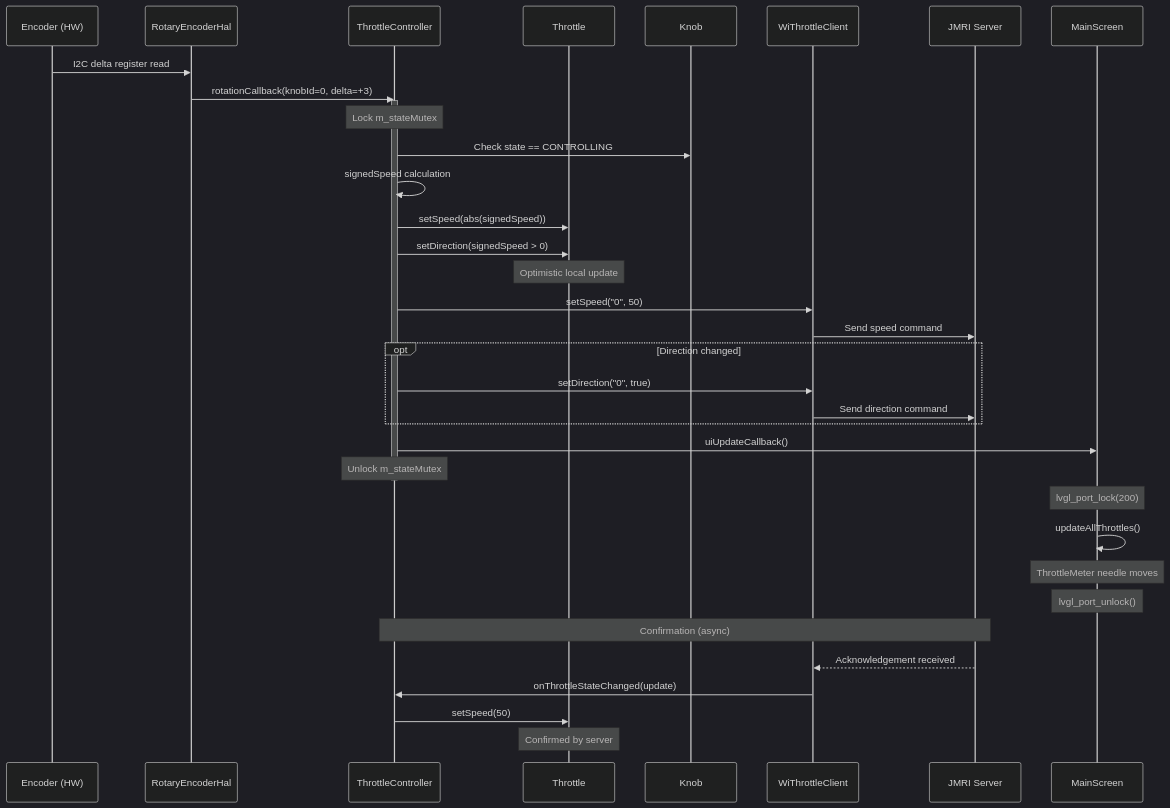
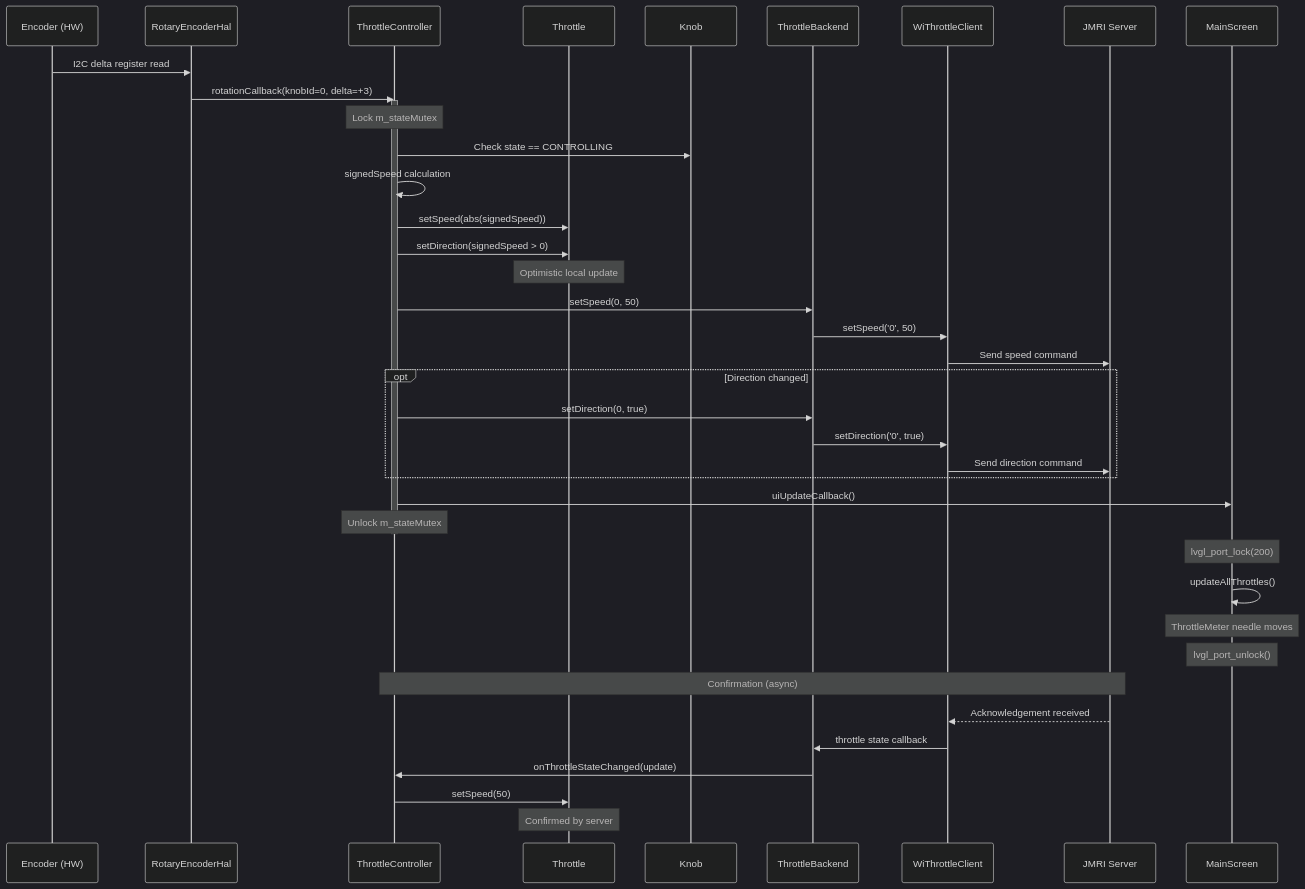
The first of 4 diagrams in docs/flows/SPEED_CONTROL.md (bazauto/esp-layout-controller), drawn with Mermaid (dark theme) before and after one commit. The commit also changed other lines of this file and 19 other files, not shown here.

````diff
--- a/docs/flows/SPEED_CONTROL.md
+++ b/docs/flows/SPEED_CONTROL.md
@@ -11,45 +11,49 @@
 ```mermaid
 sequenceDiagram
     participant Enc as Encoder (HW)
     participant RE as RotaryEncoderHal
     participant TC as ThrottleController
     participant T as Throttle
     participant K as Knob
+    participant TB as ThrottleBackend
     participant WT as WiThrottleClient
     participant JMRI as JMRI Server
     participant MS as MainScreen
 
     Enc->>RE: I2C delta register read
     RE->>TC: rotationCallback(knobId=0, delta=+3)
 
     activate TC
     Note over TC: Lock m_stateMutex
     TC->>K: Check state == CONTROLLING
     TC->>TC: signedSpeed calculation
     TC->>T: setSpeed(abs(signedSpeed))
     TC->>T: setDirection(signedSpeed > 0)
     Note over T: Optimistic local update
 
-    TC->>WT: setSpeed("0", 50)
+    TC->>TB: setSpeed(0, 50)
+    TB->>WT: setSpeed('0', 50)
     WT->>JMRI: Send speed command
 
     opt Direction changed
-        TC->>WT: setDirection("0", true)
+        TC->>TB: setDirection(0, true)
+        TB->>WT: setDirection('0', true)
         WT->>JMRI: Send direction command
     end
 
     TC->>MS: uiUpdateCallback()
     Note over TC: Unlock m_stateMutex
     deactivate TC
 
     Note over MS: lvgl_port_lock(200)
     MS->>MS: updateAllThrottles()
     Note over MS: ThrottleMeter needle moves
     Note over MS: lvgl_port_unlock()
 
     Note over TC,JMRI: Confirmation (async)
     JMRI-->>WT: Acknowledgement received
-    WT->>TC: onThrottleStateChanged(update)
+    WT->>TB: throttle state callback
+    TB->>TC: onThrottleStateChanged(update)
     TC->>T: setSpeed(50)
     Note over T: Confirmed by server
 ```
````
